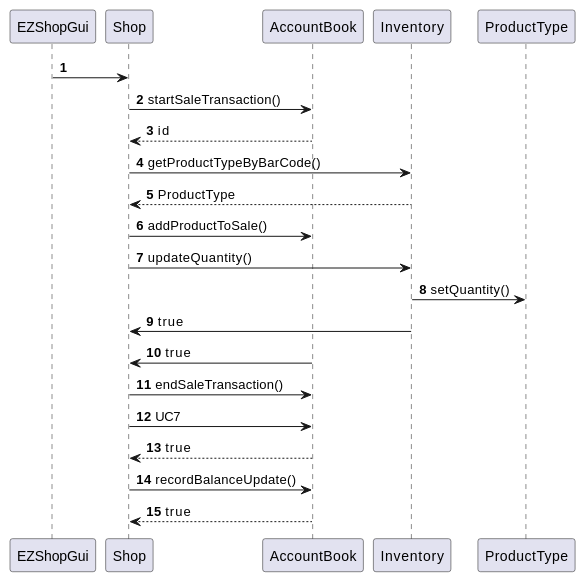
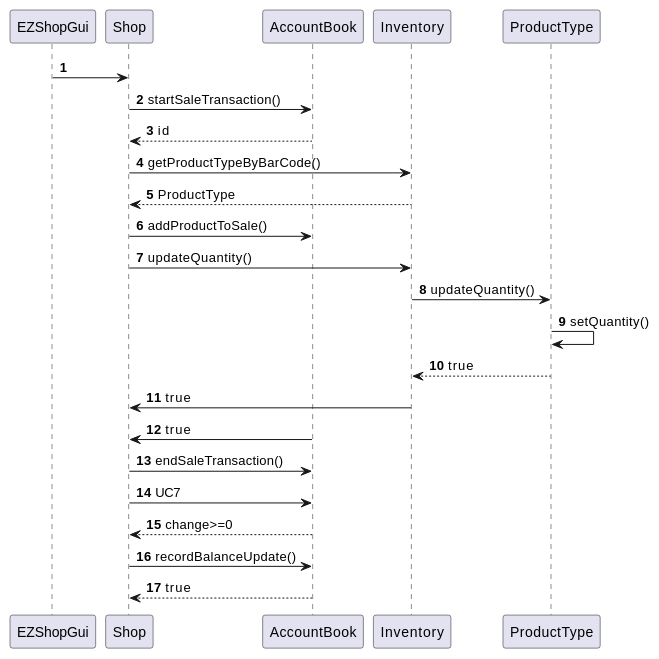
Before and after one commit to mkexc/ezshop: diagram 15 of 22 in Deliverables/DesignDocument.md, drawn with PlantUML. The commit also changed other lines of this file and 3 other files, not shown here.

Commit message:
Deliverables: updated LowLevel, added new sequence diagrams, added estimation by activity decomposition and Gantt diagram

````diff
--- a/Deliverables/DesignDocument.md
+++ b/Deliverables/DesignDocument.md
@@ -455,20 +546,22 @@
 ```plantuml
 @startuml
 autonumber
 EZShopGui -> Shop
 Shop -> AccountBook : startSaleTransaction()
 Shop <-- AccountBook : id
 Shop -> Inventory : getProductTypeByBarCode()
 Shop <-- Inventory : ProductType
 Shop -> AccountBook : addProductToSale()
 Shop -> Inventory : updateQuantity()
-Inventory -> ProductType : setQuantity()
+Inventory -> ProductType : updateQuantity()
+ProductType -> ProductType : setQuantity()
+Inventory <-- ProductType : true
 Shop <- Inventory : true
 Shop <- AccountBook : true
 Shop -> AccountBook : endSaleTransaction()
 Shop -> AccountBook : UC7
-Shop <-- AccountBook : true
+Shop <-- AccountBook : change>=0
 Shop -> AccountBook : recordBalanceUpdate()
 Shop <-- AccountBook : true
 @enduml
 ```
````
